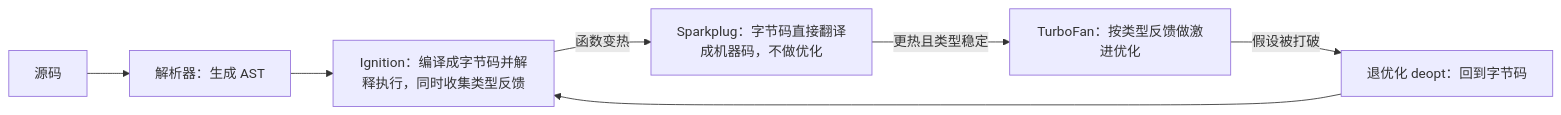
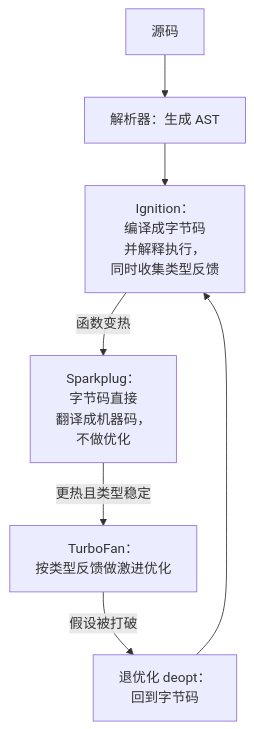
The first of 3 diagrams in books/ts-node-advanced/05-v8-pipeline-hidden-classes.md (jarvis-pro/hatch-shelf), drawn with Mermaid before and after one commit. The commit also changed other lines of this file and 432 other files, not shown here.

````diff
--- a/books/ts-node-advanced/05-v8-pipeline-hidden-classes.md
+++ b/books/ts-node-advanced/05-v8-pipeline-hidden-classes.md
@@ -12,9 +12,9 @@
 ```mermaid
-flowchart LR
+flowchart TD
   S["源码"] --> P["解析器：生成 AST"]
-  P --> I["Ignition：编译成字节码并解释执行，同时收集类型反馈"]
-  I -->|"函数变热"| SP["Sparkplug：字节码直接翻译成机器码，不做优化"]
-  SP -->|"更热且类型稳定"| TF["TurboFan：按类型反馈做激进优化"]
-  TF -->|"假设被打破"| D["退优化 deopt：回到字节码"]
+  P --> I["Ignition：<br/>编译成字节码<br/>并解释执行，<br/>同时收集类型反馈"]
+  I -->|"函数变热"| SP["Sparkplug：<br/>字节码直接<br/>翻译成机器码，<br/>不做优化"]
+  SP -->|"更热且类型稳定"| TF["TurboFan：<br/>按类型反馈做激进优化"]
+  TF -->|"假设被打破"| D["退优化 deopt：<br/>回到字节码"]
   D --> I
 ```
````
